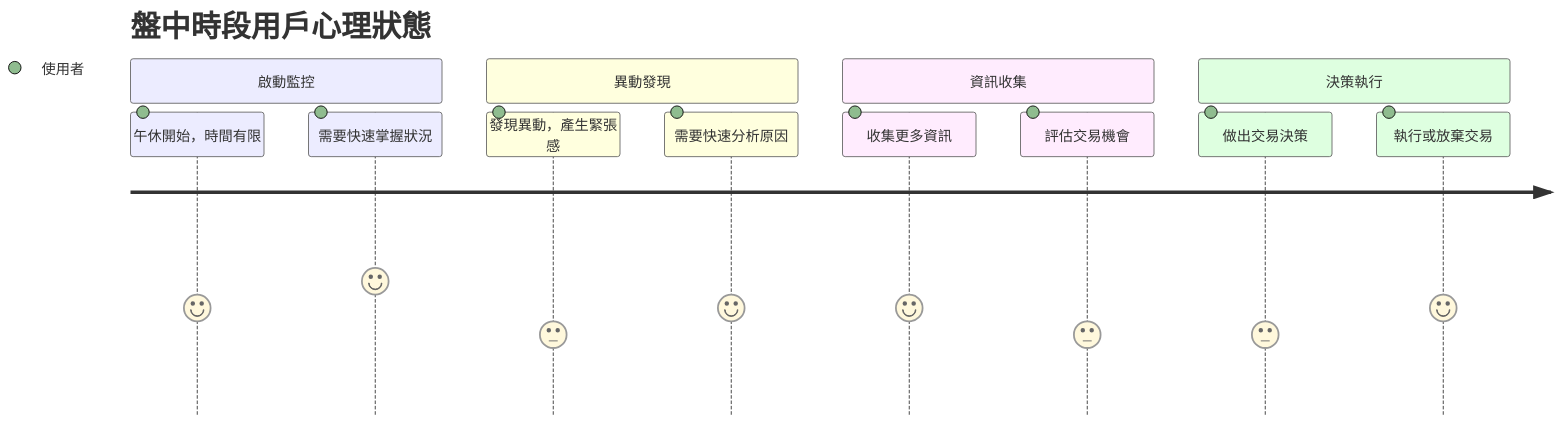
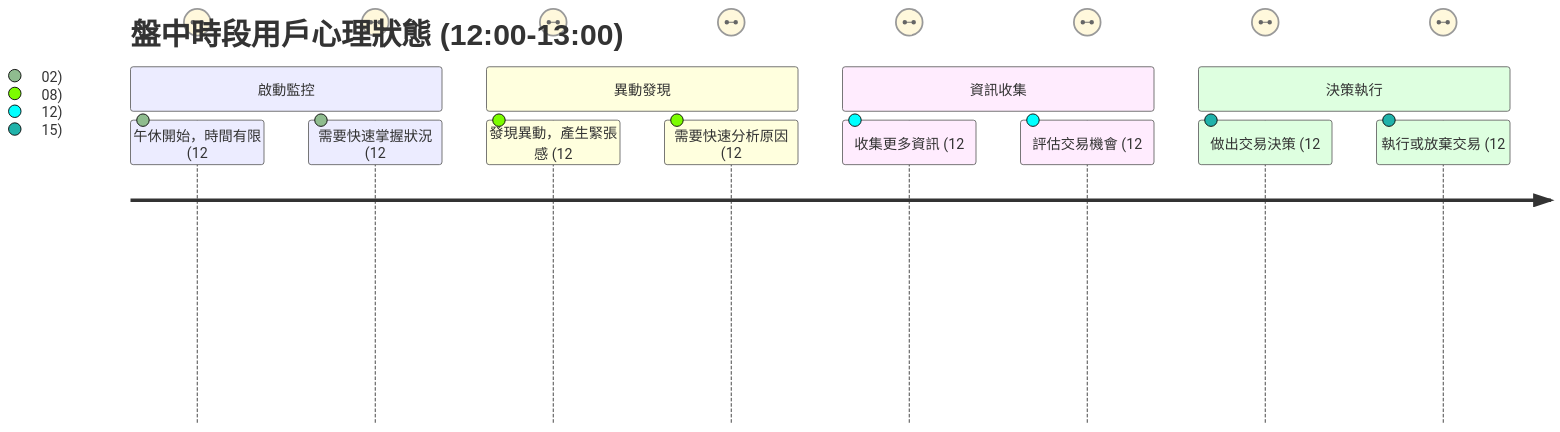
One commit to hihihowru/ai-chatbot-proxy changed the third of 3 diagrams in user_journey_map/yong-hulcheng-er.md. Above: the diagram before and after it, drawn with Mermaid. The commit also changed 2 other files, not shown here.

Commit message:
feat: 在 journey 圖中加入時間標記，在標題和內容中顯示具體時間範圍

````diff
--- a/user_journey_map/yong-hulcheng-er.md
+++ b/user_journey_map/yong-hulcheng-er.md
@@ -55,16 +55,16 @@
 ```mermaid
 journey
-    title 盤中時段用戶心理狀態
+    title 盤中時段用戶心理狀態 (12:00-13:00)
     section 啟動監控
-      午休開始，時間有限: 4: 使用者
-      需要快速掌握狀況: 5: 使用者
+      午休開始，時間有限 (12:00-12:02): 4: 使用者
+      需要快速掌握狀況 (12:00-12:02): 5: 使用者
     section 異動發現
-      發現異動，產生緊張感: 3: 使用者
-      需要快速分析原因: 4: 使用者
+      發現異動，產生緊張感 (12:02-12:08): 3: 使用者
+      需要快速分析原因 (12:02-12:08): 4: 使用者
     section 資訊收集
-      收集更多資訊: 4: 使用者
-      評估交易機會: 3: 使用者
+      收集更多資訊 (12:08-12:12): 4: 使用者
+      評估交易機會 (12:08-12:12): 3: 使用者
     section 決策執行
-      做出交易決策: 3: 使用者
-      執行或放棄交易: 4: 使用者
+      做出交易決策 (12:12-12:15): 3: 使用者
+      執行或放棄交易 (12:12-12:15): 4: 使用者
 ```
````
